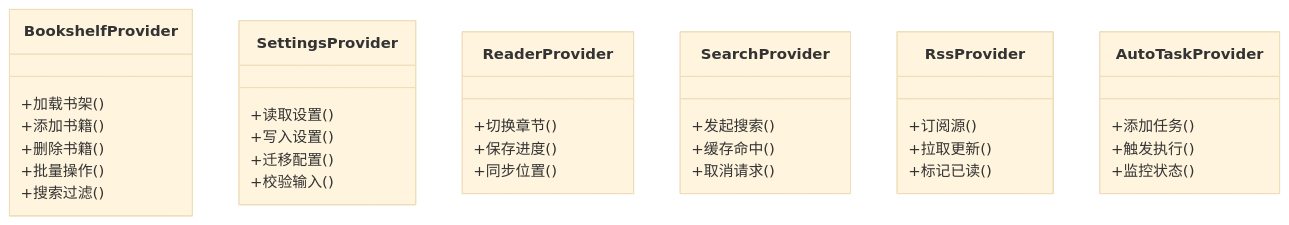
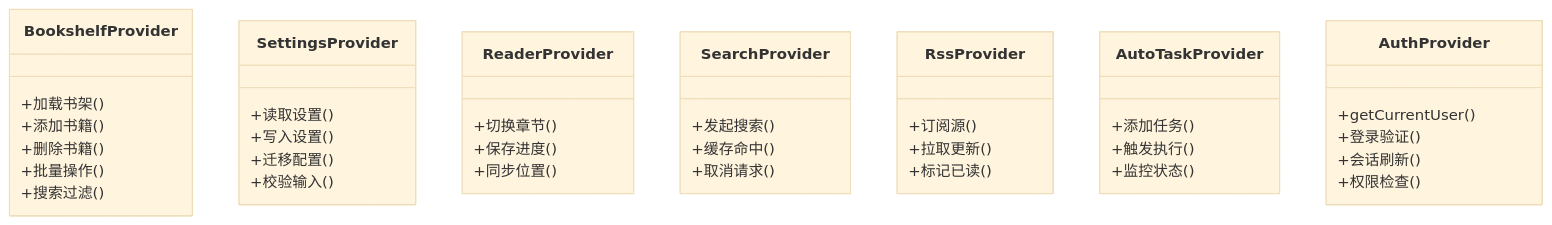
One commit to ZhangGHGitHub/LegadoTeamFlutter changed the fourth of 8 diagrams in .qoder/repowiki/zh/content/Flutter跨平台应用/Flutter跨平台应用.md. Above: the diagram before and after it, drawn with Mermaid (base theme). The commit also changed other lines of this file and 269 other files, not shown here.

````diff
--- a/.qoder/repowiki/zh/content/Flutter跨平台应用/Flutter跨平台应用.md
+++ b/.qoder/repowiki/zh/content/Flutter跨平台应用/Flutter跨平台应用.md
@@ -208,36 +230,42 @@
 ```mermaid
 classDiagram
 class BookshelfProvider {
 +加载书架()
 +添加书籍()
 +删除书籍()
 +批量操作()
 +搜索过滤()
 }
 class SettingsProvider {
 +读取设置()
 +写入设置()
 +迁移配置()
 +校验输入()
 }
 class ReaderProvider {
 +切换章节()
 +保存进度()
 +同步位置()
 }
 class SearchProvider {
 +发起搜索()
 +缓存命中()
 +取消请求()
 }
 class RssProvider {
 +订阅源()
 +拉取更新()
 +标记已读()
 }
 class AutoTaskProvider {
 +添加任务()
 +触发执行()
 +监控状态()
 }
+class AuthProvider {
++getCurrentUser()
++登录验证()
++会话刷新()
++权限检查()
+}
 ```
````
